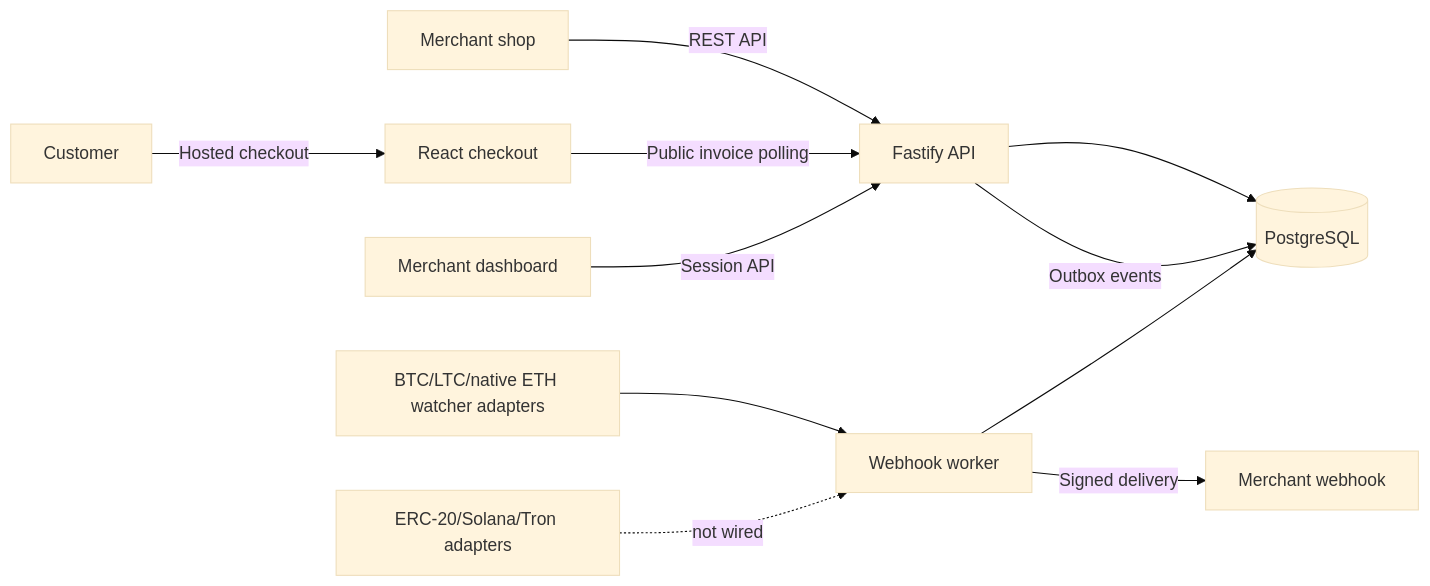
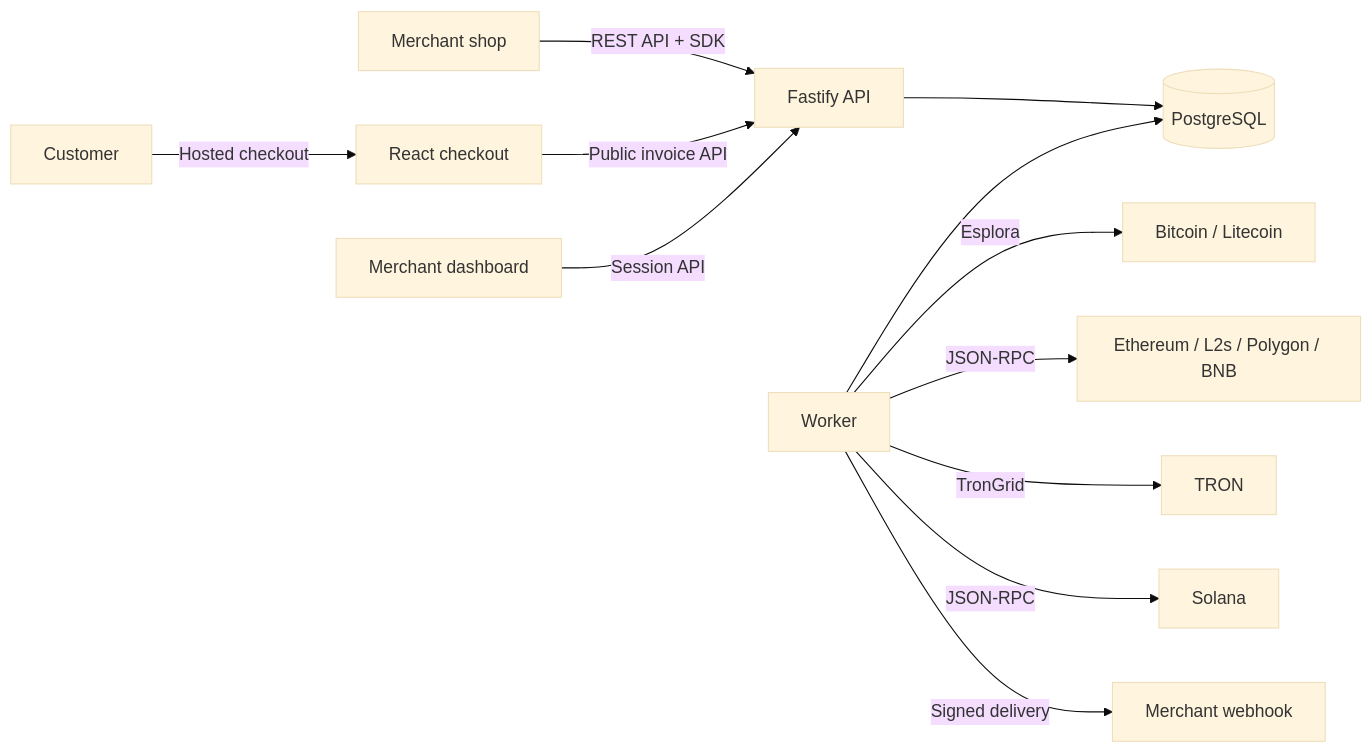
One commit to digitaldanis/ORBITT-Pay changed the diagram in README.md. Above: the diagram before and after it, drawn with Mermaid (base theme). The commit also changed other lines of this file and 9 other files, not shown here.

Commit message:
Document the multi-chain checkout, dashboard and chain scanners

````diff
--- a/README.md
+++ b/README.md
@@ -22,13 +20,14 @@
 ```mermaid
 flowchart LR
-  Shop[Merchant shop] -->|REST API| API[Fastify API]
+  Shop[Merchant shop] -->|REST API + SDK| API[Fastify API]
+  Customer -->|Hosted checkout| Checkout[React checkout]
+  Checkout -->|Public invoice API| API
+  Dashboard[Merchant dashboard] -->|Session API| API
   API --> DB[(PostgreSQL)]
-  Customer -->|Hosted checkout| Checkout[React checkout]
-  Checkout -->|Public invoice polling| API
-  API -->|Outbox events| DB
-  Worker[Webhook worker] -->|Signed delivery| Merchant[Merchant webhook]
-  Worker --> DB
-  Dashboard[Merchant dashboard] -->|Session API| API
-  Adapters[BTC/LTC/native ETH watcher adapters] --> Worker
-  Other[ERC-20/Solana/Tron adapters] -. not wired .-> Worker
+  Worker[Worker] --> DB
+  Worker -->|Esplora| UTXO[Bitcoin / Litecoin]
+  Worker -->|JSON-RPC| EVM[Ethereum / L2s / Polygon / BNB]
+  Worker -->|TronGrid| TRON
+  Worker -->|JSON-RPC| Solana
+  Worker -->|Signed delivery| Hook[Merchant webhook]
 ```
````
